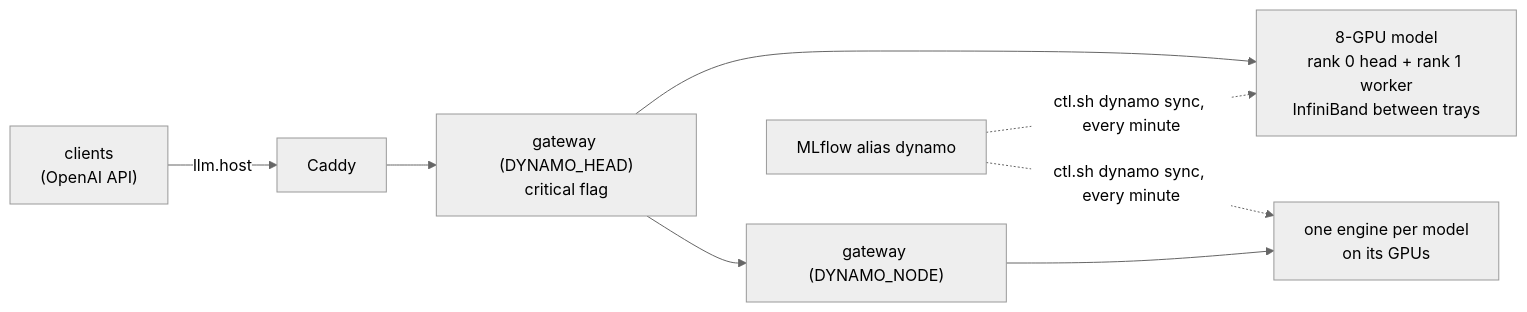
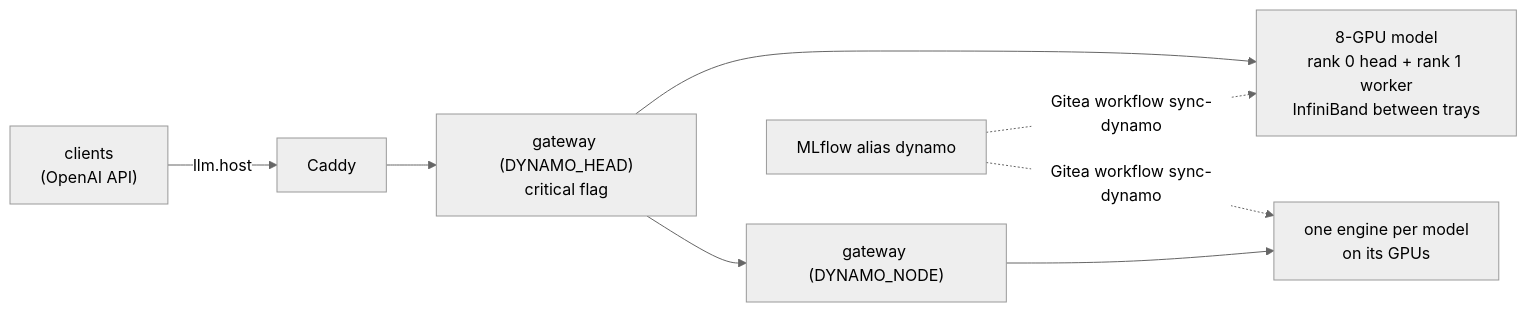
One commit to cnboonhan/data-flywheel changed the diagram in services/dynamo/README.md. Above: the diagram before and after it, drawn with Mermaid (neutral theme). The commit also changed other lines of this file and 7 other files, not shown here.

First line of the commit message:
Dynamo: Gitea workflow sync-dynamo instead of the per-minute timer

````diff
--- a/services/dynamo/README.md
+++ b/services/dynamo/README.md
@@ -5,7 +5,7 @@
 ```mermaid
 flowchart LR
   C["clients<br/>(OpenAI API)"] -->|llm.host| Caddy --> G["gateway (DYNAMO_HEAD)<br/>critical flag"]
   G --> T["8-GPU model<br/>rank 0 head + rank 1 worker<br/>InfiniBand between trays"]
   G --> G2["gateway (DYNAMO_NODE)"] --> S["one engine per model<br/>on its GPUs"]
-  M["MLflow alias dynamo"] -.->|ctl.sh dynamo sync, every minute| T & S
+  M["MLflow alias dynamo"] -.->|Gitea workflow sync-dynamo| T & S
 ```
````
